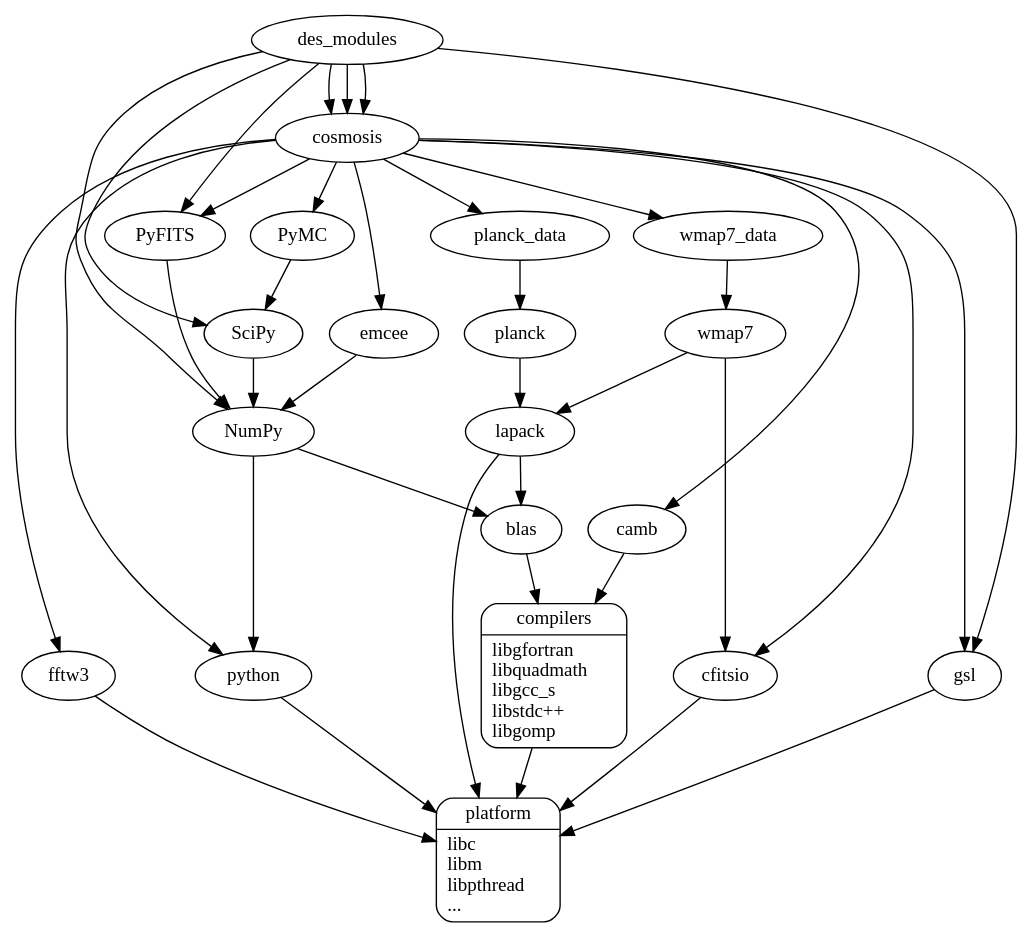
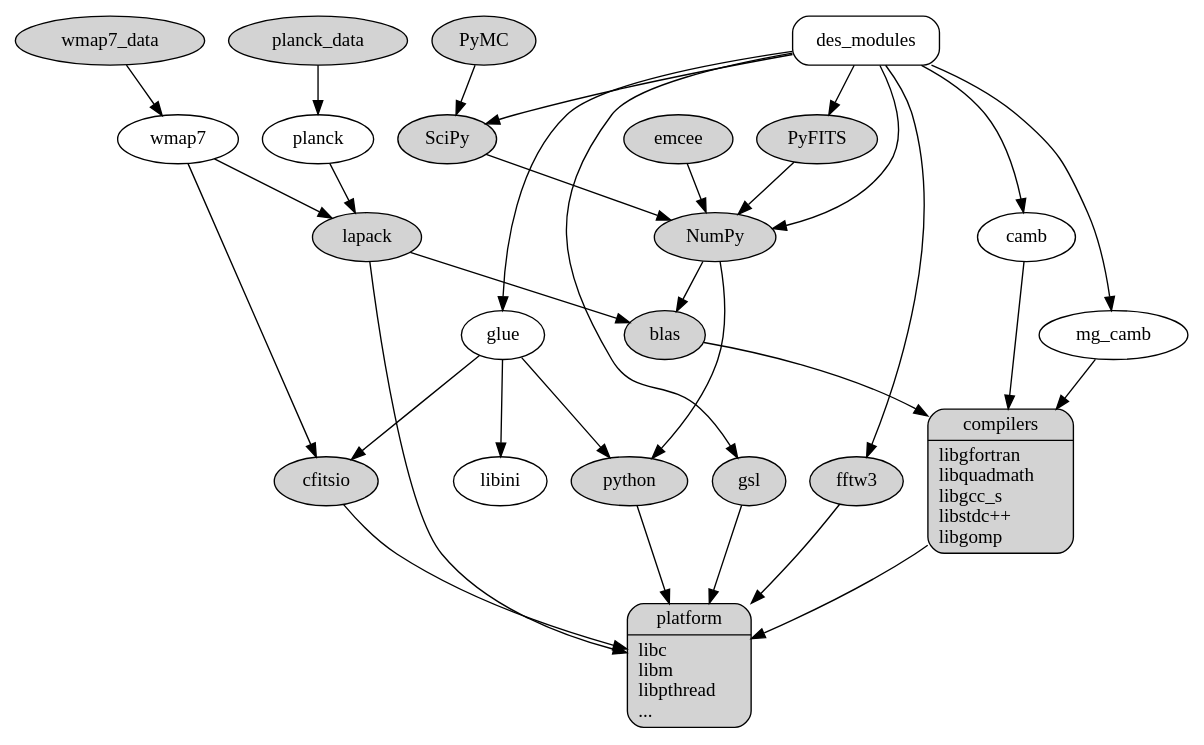
Before and after one commit to joezuntz/cosmosis: the diagram in doc/astro_packages.dot, drawn with Graphviz. The commit also changed 2 other files, not shown here.

```diff
--- a/doc/astro_packages.dot
+++ b/doc/astro_packages.dot
@@ -1,86 +1,88 @@
 
 digraph depends
 {
   #rankdir=LR
 
   subgraph plat
   {
-    platform         [shape=Mrecord, label="{platform | libc \llibm\llibpthread\l...\l}" ]
+    platform  [shape=Mrecord, label="{platform | libc\llibm\llibpthread\l...\l}", style=filled; ]
   }
 
   compilers -> platform;
 
   subgraph l1
   {
     label = "externals";
     rank = same;
-    compilers [shape=Mrecord, label="{compilers | libgfortran\llibquadmath\llibgcc_s\llibstdc++\llibgomp\l}" ]
-    python  [ label="python" ];
-    cfitsio [ label="cfitsio" ];
-    gsl     [ label="gsl" ];
-    fftw3   [ label="fftw3" ];
+    compilers [shape=Mrecord, label="{compilers |libgfortran\llibquadmath\llibgcc_s\llibstdc++\llibgomp\l}", style=filled; ]
+    python  [ label="python", style=filled; ];
+    cfitsio [ label="cfitsio", style=filled; ];
+    gsl     [ label="gsl", style=filled; ];
+    fftw3   [ label="fftw3", style=filled; ];
   }
-    blas    [ label="blas" ];
-    lapack  [ label="lapack" ];
+  blas    [ label="blas", style=filled; ];
+  lapack  [ label="lapack", style=filled; ];
   lapack -> blas;
   blas -> compilers;
 
   subgraph externals
   {
+    wmap7_data [style=filled;]
+    planck_data [style=filled;]
     wmap7_data ->  wmap7;
     planck_data -> planck;
     camb;
+    mg_camb;
   }
   wmap7 -> lapack;
   wmap7 -> cfitsio;
   planck -> lapack;
   camb -> compilers;
+  mg_camb -> compilers;
 
+  
   subgraph low
   {
     #rank = same;
+    NumPy [style=filled;]
+    SciPy [style=filled;]
+    PyFITS [style=filled;]
+    PyMC [style=filled;]
+    emcee [style=filled;]
     SciPy -> NumPy -> python;
     NumPy -> blas;
     PyFITS -> NumPy;
     PyMC -> SciPy;
     emcee -> NumPy;
   }
 
   subgraph middle
   {
-    cosmosis;
+    glue;
   }
-  cosmosis -> camb;
-  cosmosis -> planck_data;
-  cosmosis -> wmap7_data;
-  cosmosis -> PyMC;
-  cosmosis -> emcee;
-  cosmosis -> PyFITS;
-  cosmosis -> gsl;
-  cosmosis -> fftw3;
 
   subgraph top
   {
-    des_modules;
+    des_modules [shape=Mrecord;];
   }
 
-  des_modules -> cosmosis;
-
-
+  des_modules -> glue;
+  des_modules -> fftw3;
+  des_modules -> camb;
+  des_modules -> mg_camb;
   cfitsio -> platform;
   gsl -> platform;
   fftw3 -> platform;
   lapack -> platform;
 
-  des_modules -> cosmosis;
   des_modules -> gsl;
   des_modules -> PyFITS;
-  des_modules -> cosmosis;
   des_modules -> SciPy;
   des_modules -> NumPy;
 
-  cosmosis -> cfitsio;
-  cosmosis -> python;
+  glue -> cfitsio;
+  glue -> python;
+  glue -> libini;
   python [ label="python" ];
   python -> platform;
 }
```
